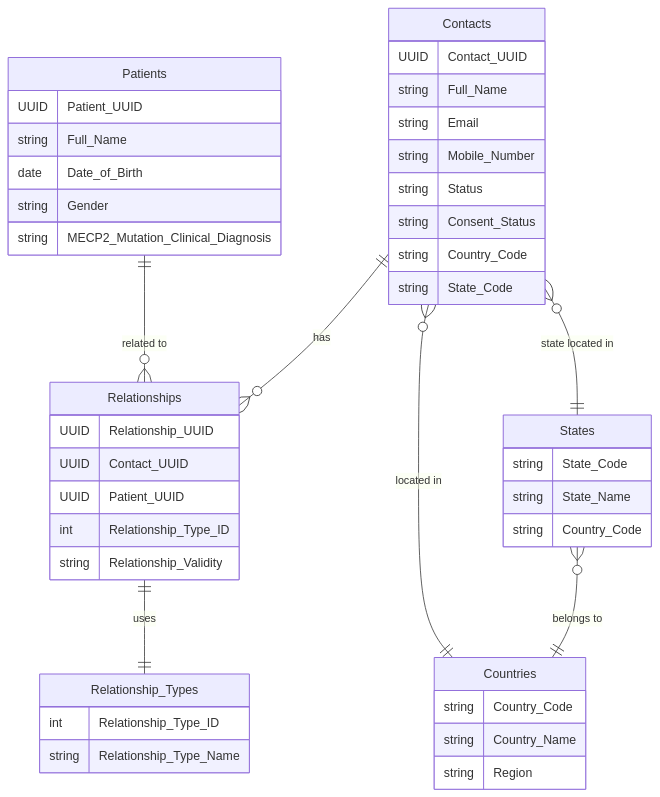
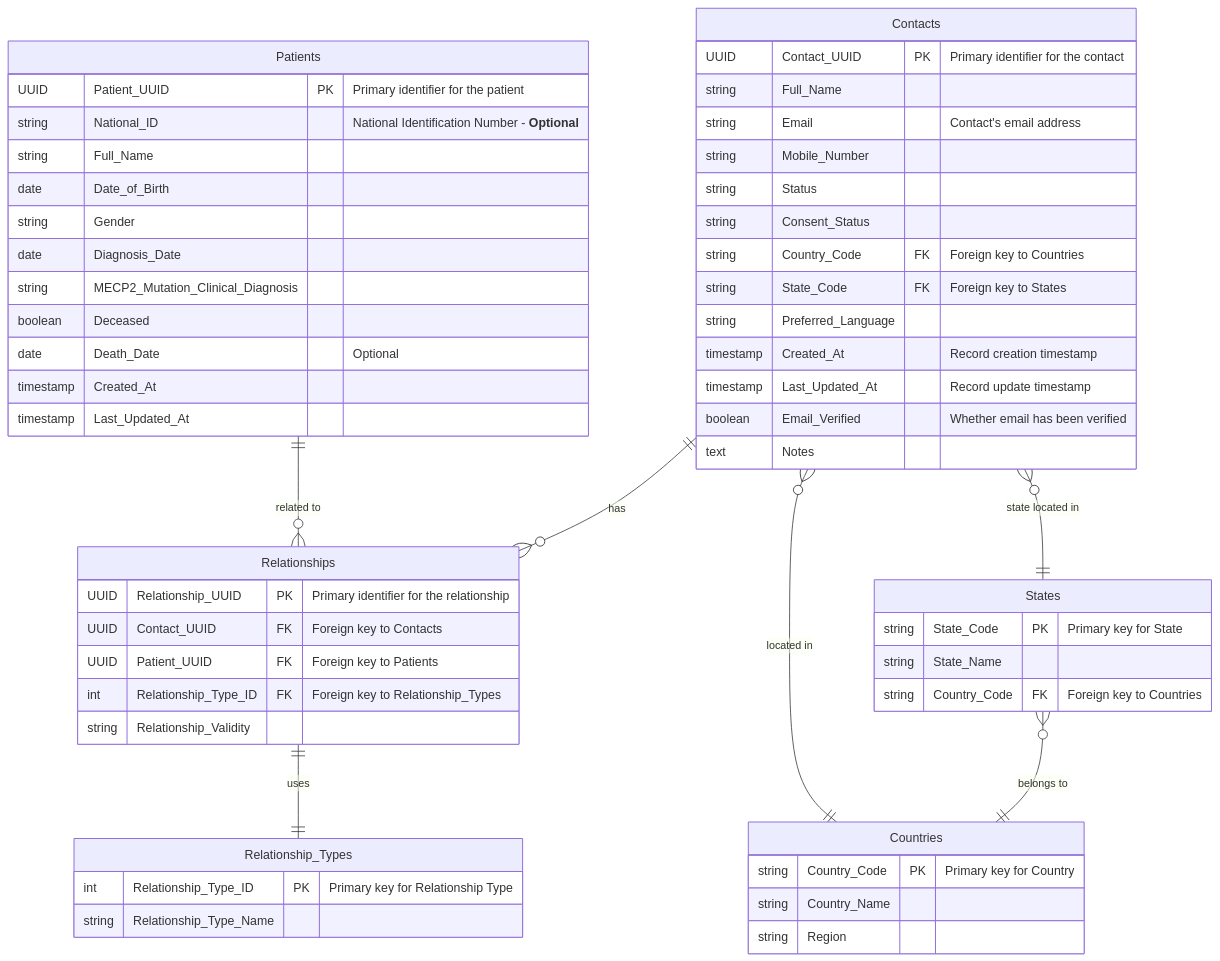
Before and after one commit to rett-europe/patient-registry: the diagram in docs/05-DataModel.md, drawn with Mermaid. The commit also changed 1 other file, not shown here.

Commit message:
Update table

````diff
--- a/docs/05-DataModel.md
+++ b/docs/05-DataModel.md
@@ -12,53 +12,64 @@
 ```mermaid
 erDiagram
     Contacts {
-        UUID Contact_UUID
+        UUID Contact_UUID PK "Primary identifier for the contact"
         string Full_Name
-        string Email
+        string Email "Contact's email address"
         string Mobile_Number
         string Status
         string Consent_Status
-        string Country_Code
-        string State_Code
+        string Country_Code FK "Foreign key to Countries"
+        string State_Code FK "Foreign key to States"
+        string Preferred_Language
+        timestamp Created_At "Record creation timestamp"
+        timestamp Last_Updated_At "Record update timestamp"
+        boolean Email_Verified "Whether email has been verified"
+        text Notes
     }
 
     Patients {
-        UUID Patient_UUID
+        UUID Patient_UUID PK "Primary identifier for the patient"
+        string National_ID "National Identification Number - **Optional**"
         string Full_Name
         date Date_of_Birth
         string Gender
+        date Diagnosis_Date
         string MECP2_Mutation_Clinical_Diagnosis
+        boolean Deceased
+        date Death_Date "Optional"
+        timestamp Created_At
+        timestamp Last_Updated_At
     }
 
     Relationships {
-        UUID Relationship_UUID
-        UUID Contact_UUID
-        UUID Patient_UUID
-        int Relationship_Type_ID
+        UUID Relationship_UUID PK "Primary identifier for the relationship"
+        UUID Contact_UUID FK "Foreign key to Contacts"
+        UUID Patient_UUID FK "Foreign key to Patients"
+        int Relationship_Type_ID FK "Foreign key to Relationship_Types"
         string Relationship_Validity
     }
 
     Countries {
-        string Country_Code
+        string Country_Code PK "Primary key for Country"
         string Country_Name
         string Region
     }
 
     States {
-        string State_Code
+        string State_Code PK "Primary key for State"
         string State_Name
-        string Country_Code
+        string Country_Code FK "Foreign key to Countries"
     }
 
     Relationship_Types {
-        int Relationship_Type_ID
+        int Relationship_Type_ID PK "Primary key for Relationship Type"
         string Relationship_Type_Name
     }
 
     Contacts ||--o{ Relationships : "has"
     Patients ||--o{ Relationships : "related to"
     Relationships ||--|| Relationship_Types : "uses"
     Contacts }o--|| Countries : "located in"
     Contacts }o--|| States : "state located in"
     States }o--|| Countries : "belongs to"
 ```
````
